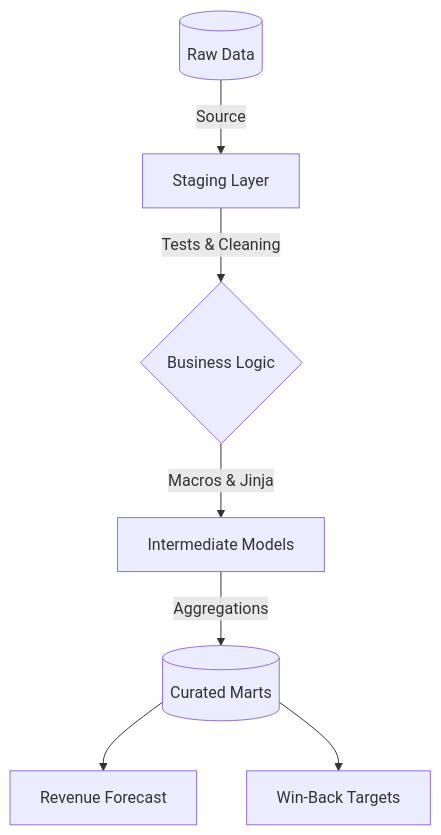
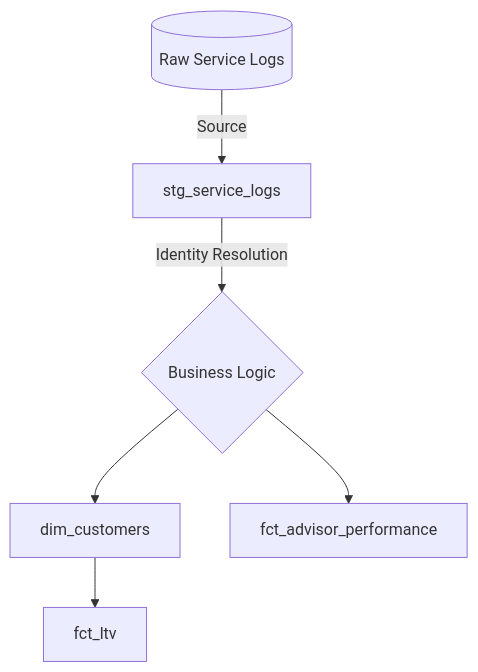
Before and after one commit to alejandrodiazrive-mex/SaaS-Revenue-Leakage---Infrastructure-Optimization.: the diagram in README.md, drawn with Mermaid. The commit also changed other lines of this file, not shown here.

Commit message:
docs: overhaul README with architecture details, identity resolution logic, and operational insights

````diff
--- a/README.md
+++ b/README.md
@@ -17,9 +18,8 @@
 ```mermaid
 graph TD
-    A[(Raw Data)] -->|Source| B[Staging Layer]
-    B -->|Tests & Cleaning| C{Business Logic}
-    C -->|Macros & Jinja| D[Intermediate Models]
-    D -->|Aggregations| E[(Curated Marts)]
-    E --> F[Revenue Forecast]
-    E --> G[Win-Back Targets]
+    A[(Raw Service Logs)] -->|Source| B[stg_service_logs]
+    B -->|Identity Resolution| C{Business Logic}
+    C --> D[dim_customers]
+    C --> E[fct_advisor_performance]
+    D --> F[fct_ltv]
 ```
````
